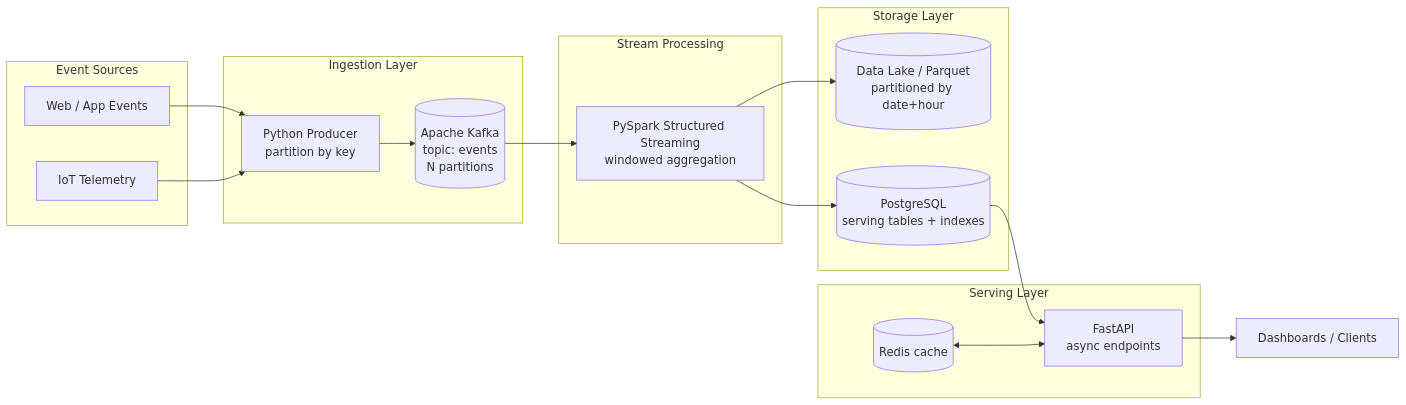
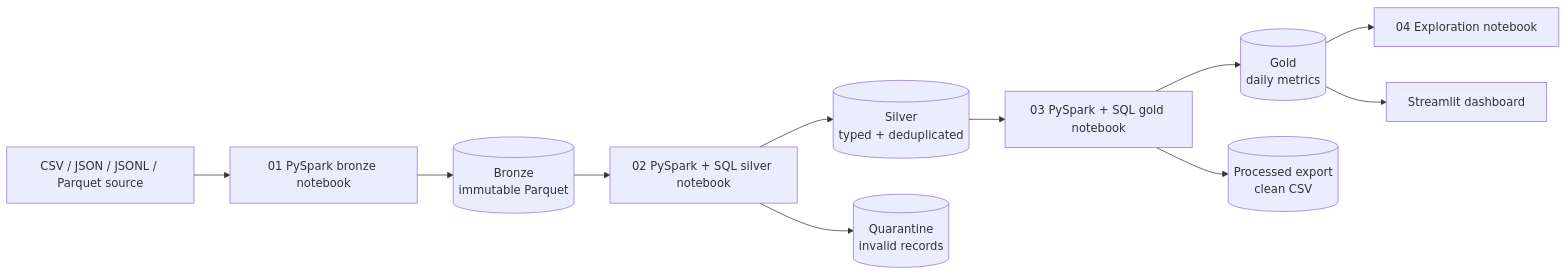
One commit to iiitbCarbon/InsightsStream- changed the first of 2 diagrams in README.md. Above: the diagram before and after it, drawn with Mermaid. The commit also changed other lines of this file and 18 other files, not shown here.

````diff
--- a/README.md
+++ b/README.md
@@ -39,38 +15,23 @@
 ```mermaid
 flowchart LR
-    subgraph Sources["Event Sources"]
-        P1[Web / App Events]
-        P2[IoT Telemetry]
-    end
+    SRC[CSV / JSON / JSONL / Parquet source]
+    N1[01 PySpark bronze notebook]
+    B[(Bronze<br/>immutable Parquet)]
+    N2[02 PySpark + SQL silver notebook]
+    S[(Silver<br/>typed + deduplicated)]
+    Q[(Quarantine<br/>invalid records)]
+    N3[03 PySpark + SQL gold notebook]
+    G[(Gold<br/>daily metrics)]
+    OUT[(Processed export<br/>clean CSV)]
+    N4[04 Exploration notebook]
+    DASH[Streamlit dashboard]
 
-    subgraph Ingestion["Ingestion Layer"]
-        PR[Python Producer<br/>partition by key]
-        K[(Apache Kafka<br/>topic: events<br/>N partitions)]
-    end
-
-    subgraph Processing["Stream Processing"]
-        SP[PySpark Structured Streaming<br/>windowed aggregation]
-    end
-
-    subgraph Storage["Storage Layer"]
-        DL[(Data Lake / Parquet<br/>partitioned by date+hour)]
-        PG[(PostgreSQL<br/>serving tables + indexes)]
-    end
-
-    subgraph Serving["Serving Layer"]
-        API[FastAPI<br/>async endpoints]
-        CACHE[(Redis cache)]
-    end
-
-    DASH[Dashboards / Clients]
-
-    P1 --> PR
-    P2 --> PR
-    PR --> K
-    K --> SP
-    SP --> DL
-    SP --> PG
-    PG --> API
-    CACHE <--> API
-    API --> DASH
+    SRC --> N1 --> B --> N2
+    N2 --> S
+    N2 --> Q
+    S --> N3
+    N3 --> G
+    N3 --> OUT
+    G --> N4
+    G --> DASH
 ```
````
